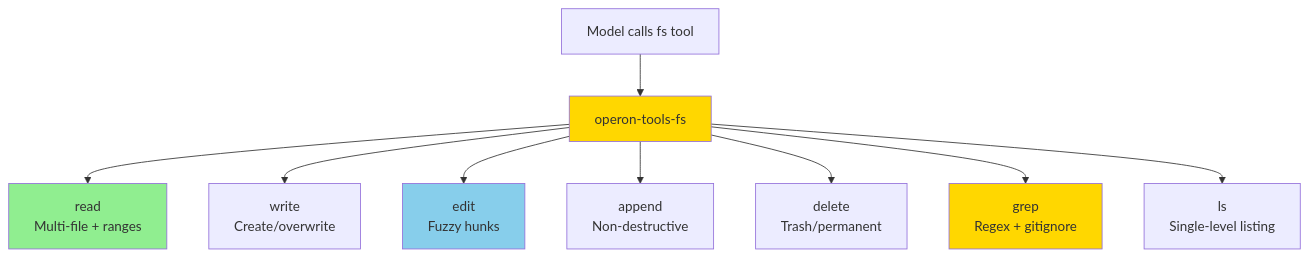
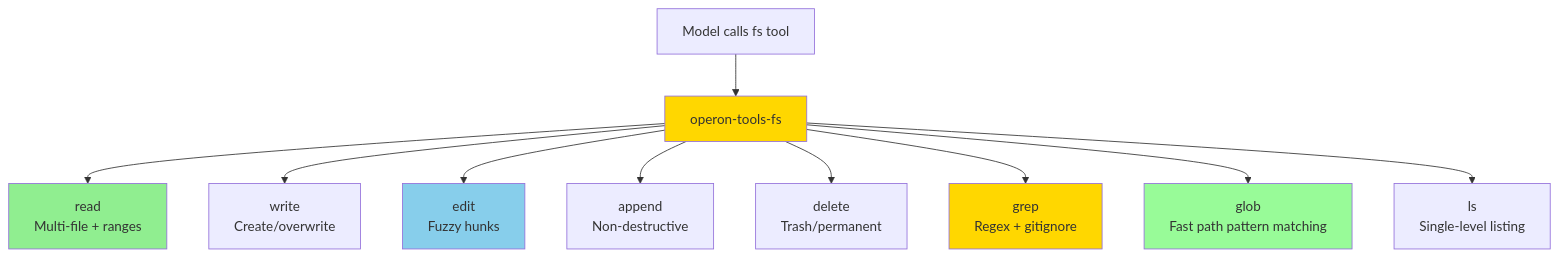
The first of 30 diagrams in operon-rs/src/operon-tools/src/fs/README.md (lukagray-dev/Operon), drawn with Mermaid before and after one commit. The commit also changed other lines of this file and 110 other files, not shown here.

````diff
--- a/operon-rs/src/operon-tools/src/fs/README.md
+++ b/operon-rs/src/operon-tools/src/fs/README.md
@@ -11,17 +11,19 @@
 ```mermaid
 flowchart TB
     Model[Model calls fs tool] --> Facade[operon-tools-fs]
     
     Facade --> Read[read<br/>Multi-file + ranges]
     Facade --> Write[write<br/>Create/overwrite]
     Facade --> Edit[edit<br/>Fuzzy hunks]
     Facade --> Append[append<br/>Non-destructive]
     Facade --> Delete[delete<br/>Trash/permanent]
     Facade --> Grep[grep<br/>Regex + gitignore]
+    Facade --> Glob[glob<br/>Fast path pattern matching]
     Facade --> Ls[ls<br/>Single-level listing]
     
     style Facade fill:#FFD700
     style Read fill:#90EE90
     style Edit fill:#87CEEB
     style Grep fill:#FFD700
+    style Glob fill:#98FB98
 ```
````
